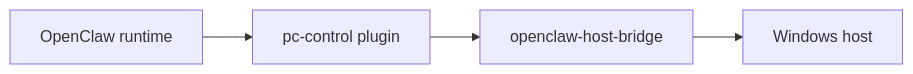
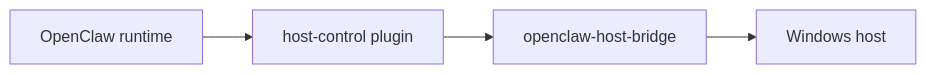
The diagram in README.md (mfshaf7/openclaw-host-bridge), drawn with Mermaid before and after one commit. The commit also changed other lines of this file and 5 other files, not shown here.

Commit message:
refactor: finish host-control bridge rename

````diff
--- a/README.md
+++ b/README.md
@@ -26,9 +26,9 @@
 ```mermaid
 flowchart LR
     Gateway[OpenClaw runtime]
-    Plugin[pc-control plugin]
+    Plugin[host-control plugin]
     Bridge[openclaw-host-bridge]
     Host[Windows host]
 
     Gateway --> Plugin --> Bridge --> Host
 ```
````
